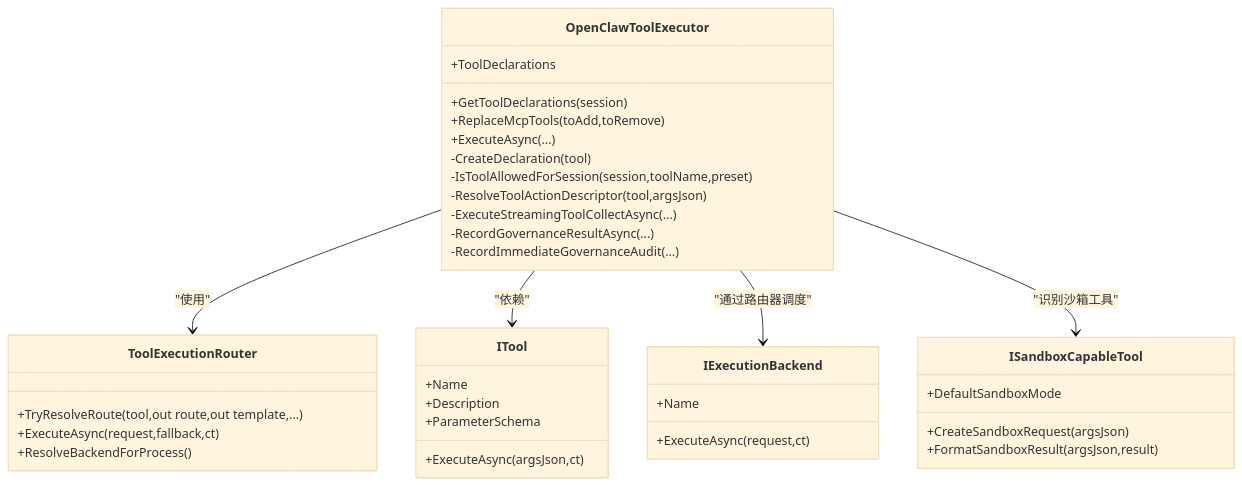
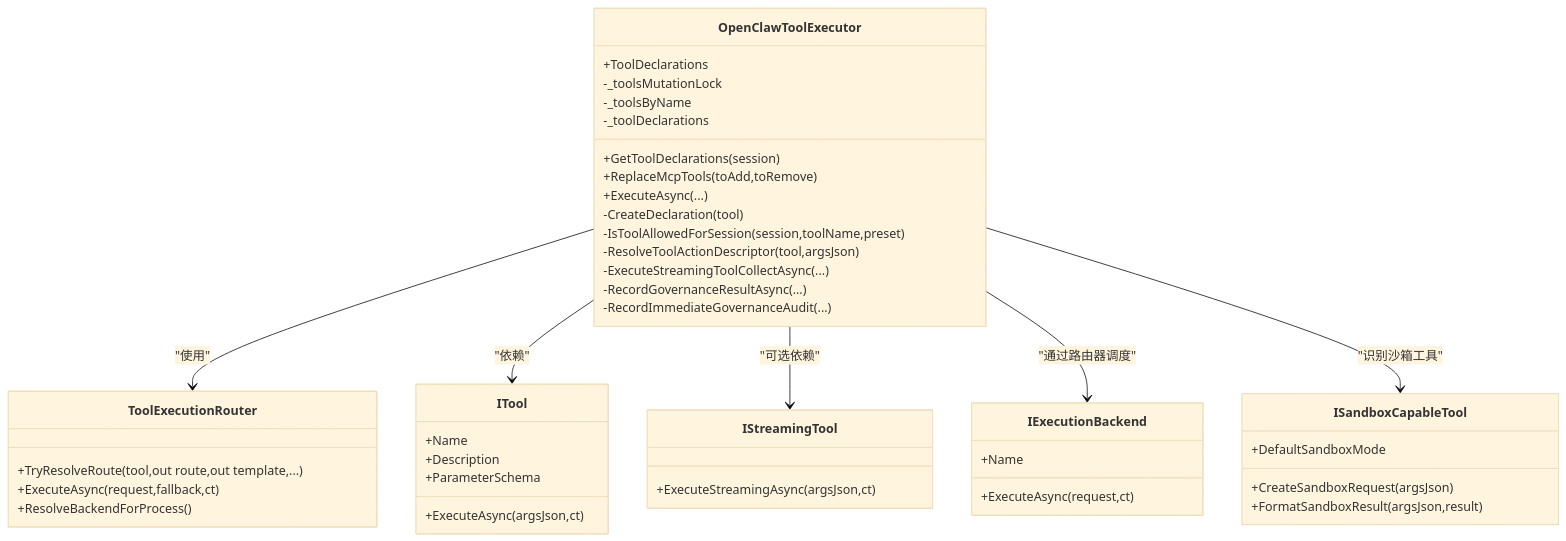
The third of 8 diagrams in .qoder/repowiki/zh/content/代理运行时/工具执行框架.md (wayyet/kingcrab), drawn with Mermaid (base theme) before and after one commit. The commit also changed other lines of this file and 2 other files, not shown here.

````diff
--- a/.qoder/repowiki/zh/content/代理运行时/工具执行框架.md
+++ b/.qoder/repowiki/zh/content/代理运行时/工具执行框架.md
@@ -160,39 +174,46 @@
 ```mermaid
 classDiagram
 class OpenClawToolExecutor {
 +ToolDeclarations
 +GetToolDeclarations(session)
 +ReplaceMcpTools(toAdd,toRemove)
 +ExecuteAsync(...)
+-_toolsMutationLock
+-_toolsByName
+-_toolDeclarations
 -CreateDeclaration(tool)
 -IsToolAllowedForSession(session,toolName,preset)
 -ResolveToolActionDescriptor(tool,argsJson)
 -ExecuteStreamingToolCollectAsync(...)
 -RecordGovernanceResultAsync(...)
 -RecordImmediateGovernanceAudit(...)
 }
 class ToolExecutionRouter {
 +TryResolveRoute(tool,out route,out template,...)
 +ExecuteAsync(request,fallback,ct)
 +ResolveBackendForProcess()
 }
 class ITool {
 +Name
 +Description
 +ParameterSchema
 +ExecuteAsync(argsJson,ct)
 }
+class IStreamingTool {
++ExecuteStreamingAsync(argsJson,ct)
+}
 class IExecutionBackend {
 +Name
 +ExecuteAsync(request,ct)
 }
 class ISandboxCapableTool {
 +DefaultSandboxMode
 +CreateSandboxRequest(argsJson)
 +FormatSandboxResult(argsJson,result)
 }
 OpenClawToolExecutor --> ToolExecutionRouter : "使用"
 OpenClawToolExecutor --> ITool : "依赖"
+OpenClawToolExecutor --> IStreamingTool : "可选依赖"
 OpenClawToolExecutor --> IExecutionBackend : "通过路由器调度"
 OpenClawToolExecutor --> ISandboxCapableTool : "识别沙箱工具"
 ```
````
